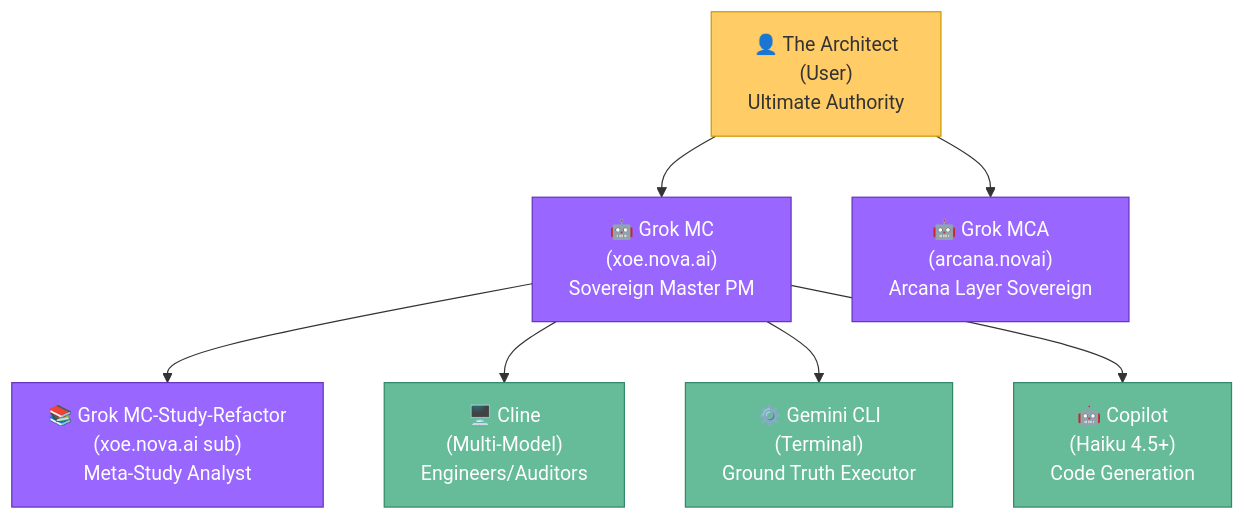
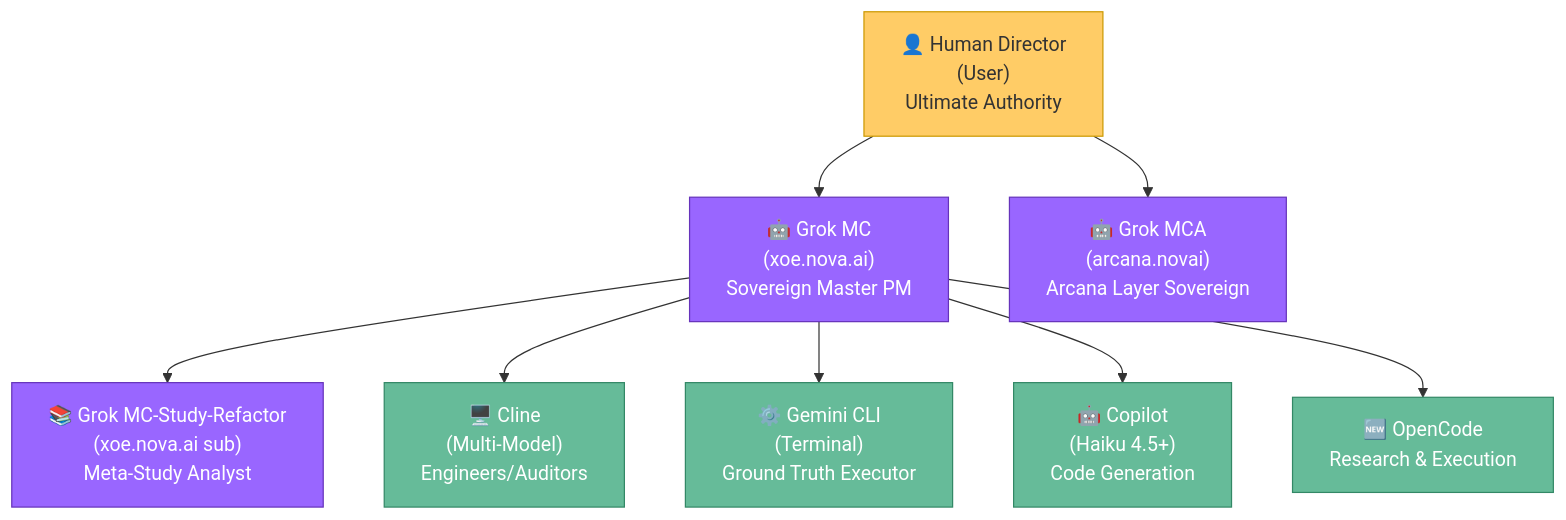
The diagram in memory_bank/activeContext.md (Xoe-NovAi/xoe-novai-foundation), drawn with Mermaid before and after one commit. The commit also changed other lines of this file and 661 other files, not shown here.

````diff
--- a/memory_bank/activeContext.md
+++ b/memory_bank/activeContext.md
@@ -86,21 +155,22 @@
 ```mermaid
 graph TB
-    User["👤 The Architect<br/>(User)<br/>Ultimate Authority"]
+    User["👤 Human Director<br/>(User)<br/>Ultimate Authority"]
     
     User --> GrokMC["🤖 Grok MC<br/>(xoe.nova.ai)<br/>Sovereign Master PM"]
     User --> GrokMCA["🤖 Grok MCA<br/>(arcana.novai)<br/>Arcana Layer Sovereign"]
     
     GrokMC --> GrokStudy["📚 Grok MC-Study-Refactor<br/>(xoe.nova.ai sub)<br/>Meta-Study Analyst"]
     
     GrokMC --> Cline["🖥️ Cline<br/>(Multi-Model)<br/>Engineers/Auditors"]
-    GrokMC --> GeminiCLI["⚙️ Gemini CLI<br/>(Terminal)<br/>Ground Truth Executor"]
+    GrokMC --> Gemini["⚙️ Gemini CLI<br/>(Terminal)<br/>Ground Truth Executor"]
     GrokMC --> Copilot["🤖 Copilot<br/>(Haiku 4.5+)<br/>Code Generation"]
+    GrokMC --> OpenCode["🆕 OpenCode<br/>Research & Execution"]
     
     classDef grok fill:#9966ff,stroke:#6633bb,color:#fff
     classDef local fill:#66bb99,stroke:#338866,color:#fff
     classDef human fill:#ffcc66,stroke:#cc9900,color:#333
     
     class User human
     class GrokMC,GrokMCA,GrokStudy grok
-    class Cline,GeminiCLI,Copilot local
+    class Cline,Gemini,Copilot,OpenCode local
 ```
````
